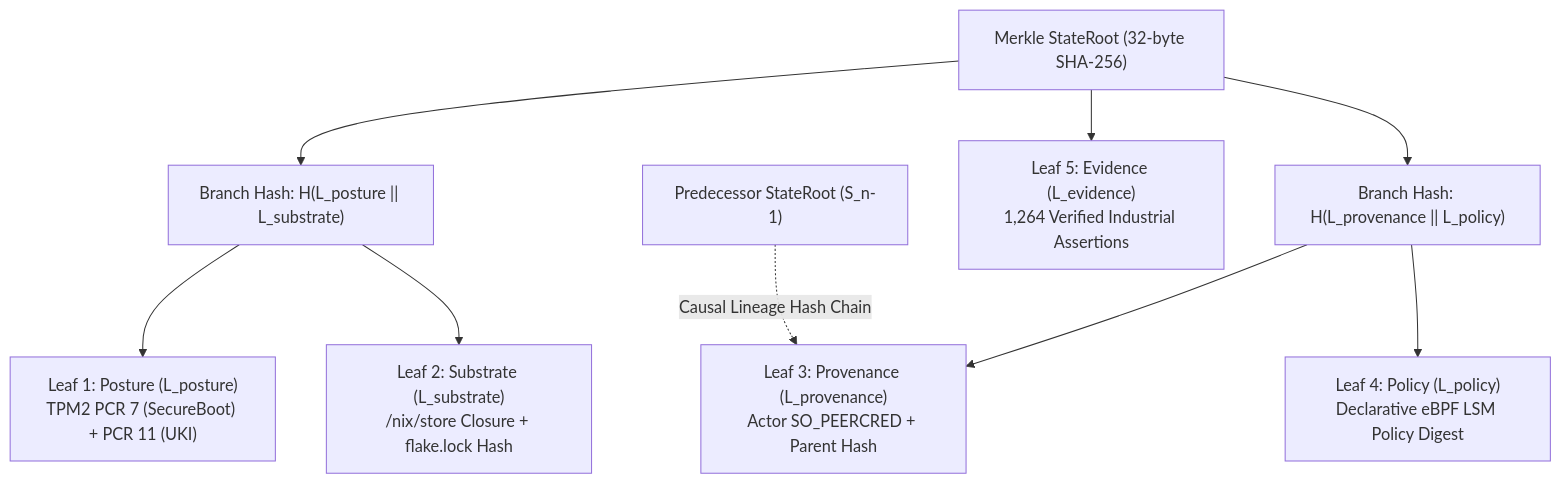
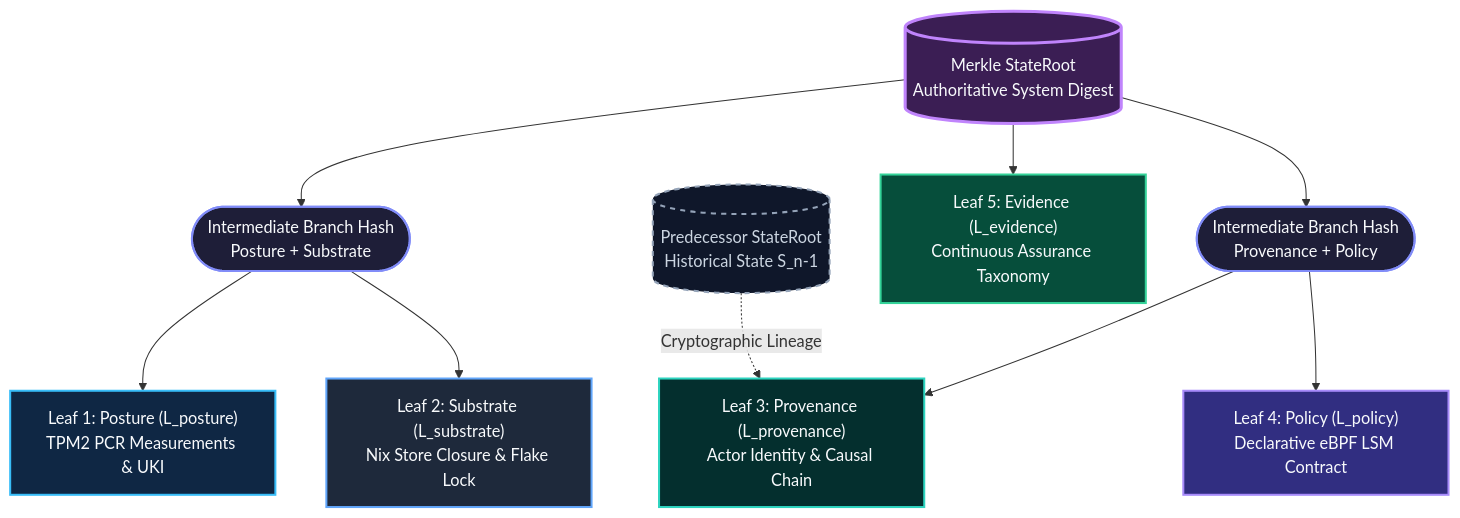
Before and after one commit to adamriofc/NeuronixOS: the fourth of 5 diagrams in README.md, drawn with Mermaid. The commit also changed other lines of this file, not shown here.

First line of the commit message:
style(readme): enhance Mermaid aesthetics, color classes, shapes, and remove brittle counts

````diff
--- a/README.md
+++ b/README.md
@@ -866,19 +889,28 @@
 ```mermaid
 flowchart TD
-    ROOT["Merkle StateRoot (32-byte SHA-256)"]
+    ROOT[("Merkle StateRoot<br>Authoritative System Digest")]:::rootNode
     
-    H1["Branch Hash: H(L_posture || L_substrate)"]
-    H2["Branch Hash: H(L_provenance || L_policy)"]
+    H1(["Intermediate Branch Hash<br>Posture + Substrate"]):::branchNode
+    H2(["Intermediate Branch Hash<br>Provenance + Policy"]):::branchNode
     
     ROOT --> H1
     ROOT --> H2
-    ROOT --> L5["Leaf 5: Evidence (L_evidence)<br>1,264 Verified Industrial Assertions"]
+    ROOT --> L5["Leaf 5: Evidence (L_evidence)<br>Continuous Assurance Taxonomy"]:::leafEvidence
     
-    H1 --> L1["Leaf 1: Posture (L_posture)<br>TPM2 PCR 7 (SecureBoot) + PCR 11 (UKI)"]
-    H1 --> L2["Leaf 2: Substrate (L_substrate)<br>/nix/store Closure + flake.lock Hash"]
+    H1 --> L1["Leaf 1: Posture (L_posture)<br>TPM2 PCR Measurements & UKI"]:::leafPosture
+    H1 --> L2["Leaf 2: Substrate (L_substrate)<br>Nix Store Closure & Flake Lock"]:::leafSubstrate
     
-    H2 --> L3["Leaf 3: Provenance (L_provenance)<br>Actor SO_PEERCRED + Parent Hash"]
-    H2 --> L4["Leaf 4: Policy (L_policy)<br>Declarative eBPF LSM Policy Digest"]
+    H2 --> L3["Leaf 3: Provenance (L_provenance)<br>Actor Identity & Causal Chain"]:::leafProvenance
+    H2 --> L4["Leaf 4: Policy (L_policy)<br>Declarative eBPF LSM Contract"]:::leafPolicy
 
-    CHAIN["Predecessor StateRoot (S_n-1)"] -.->|"Causal Lineage Hash Chain"| L3
+    CHAIN[("Predecessor StateRoot<br>Historical State S_n-1")]:::chainNode -.->|"Cryptographic Lineage"| L3
+
+    classDef rootNode fill:#3b1e54,stroke:#c084fc,stroke-width:3px,color:#f8fafc;
+    classDef branchNode fill:#1e1e38,stroke:#818cf8,stroke-width:2px,color:#f8fafc;
+    classDef leafPosture fill:#0f2744,stroke:#38bdf8,stroke-width:2px,color:#f8fafc;
+    classDef leafSubstrate fill:#1e293b,stroke:#60a5fa,stroke-width:2px,color:#f8fafc;
+    classDef leafProvenance fill:#042f2e,stroke:#2dd4bf,stroke-width:2px,color:#f8fafc;
+    classDef leafPolicy fill:#312e81,stroke:#a78bfa,stroke-width:2px,color:#f8fafc;
+    classDef leafEvidence fill:#064e3b,stroke:#34d399,stroke-width:2px,color:#f8fafc;
+    classDef chainNode fill:#0f172a,stroke:#94a3b8,stroke-dasharray: 5 5,stroke-width:2px,color:#cbd5e1;
 ```
````
